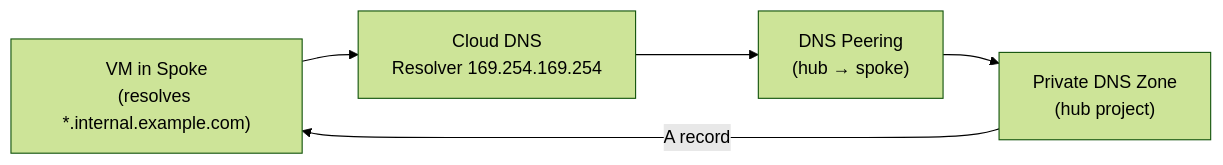
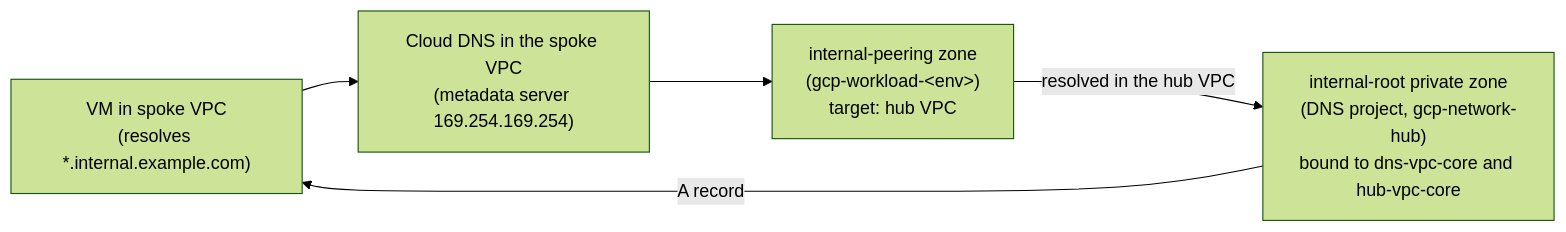
One commit to EdwinKassier/Ashes-Devops-Tools changed the fifth of 5 diagrams in docs/architecture/network-topology.md. Above: the diagram before and after it, drawn with Mermaid (forest theme). The commit also changed other lines of this file and 13 other files, not shown here.

````diff
--- a/docs/architecture/network-topology.md
+++ b/docs/architecture/network-topology.md
@@ -180,12 +180,12 @@
 ```mermaid
 graph LR
-    vm["VM in Spoke\n(resolves *.internal.example.com)"]
-    private_dns["Private DNS Zone\n(hub project)"]
-    peering["DNS Peering\n(hub → spoke)"]
-    cloud_dns["Cloud DNS\nResolver 169.254.169.254"]
+    vm["VM in spoke VPC\n(resolves *.internal.example.com)"]
+    cloud_dns["Cloud DNS in the spoke VPC\n(metadata server 169.254.169.254)"]
+    peering["internal-peering zone\n(gcp-workload-&lt;env&gt;)\ntarget: hub VPC"]
+    root_zone["internal-root private zone\n(DNS project, gcp-network-hub)\nbound to dns-vpc-core and hub-vpc-core"]
 
     vm --> cloud_dns
     cloud_dns --> peering
-    peering --> private_dns
-    private_dns -->|"A record"| vm
+    peering -->|"resolved in the hub VPC"| root_zone
+    root_zone -->|"A record"| vm
 ```
````
